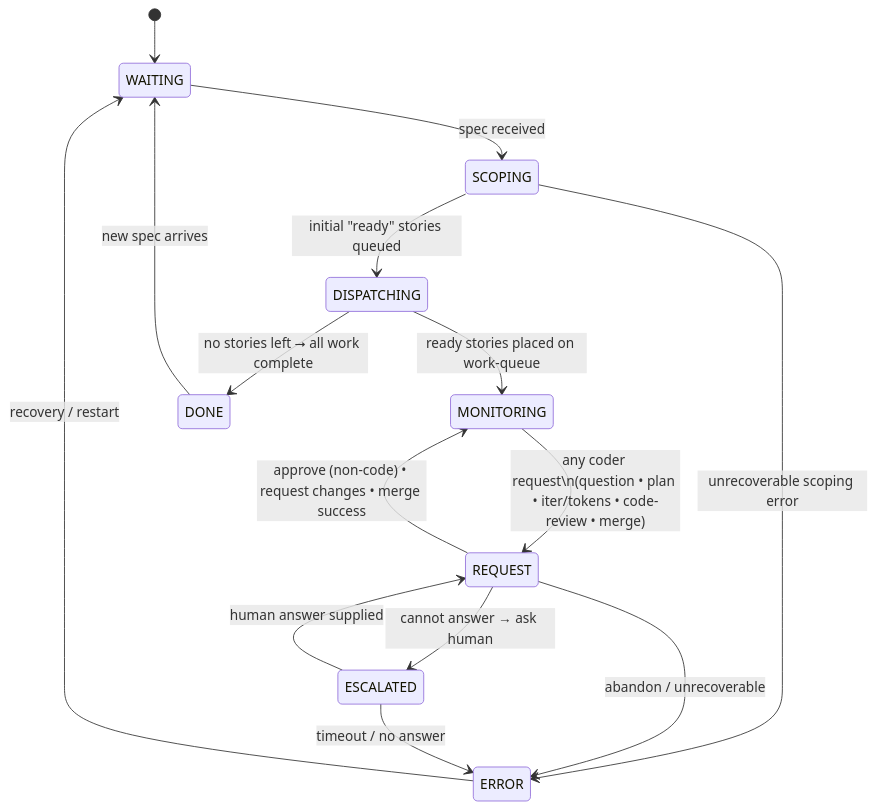
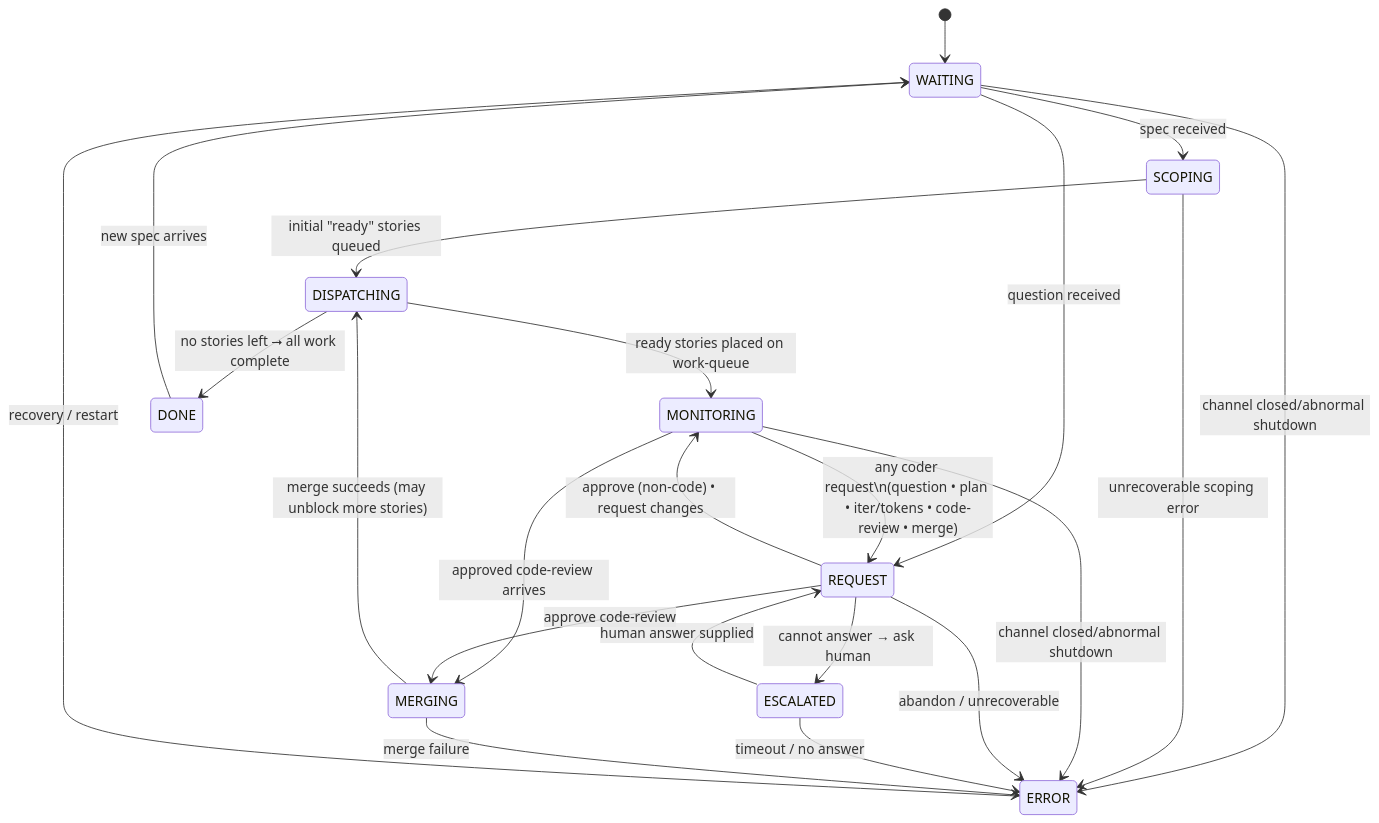
One commit to SnapdragonPartners/maestro changed the diagram in pkg/architect/STATES.md. Above: the diagram before and after it, drawn with Mermaid. The commit also changed other lines of this file and 66 other files, not shown here.

````diff
--- a/pkg/architect/STATES.md
+++ b/pkg/architect/STATES.md
@@ -12,37 +12,42 @@
 ```mermaid
 stateDiagram-v2
     %% ---------- ENTRY ----------
     [*] --> WAITING              
 
     %% ---------- SPEC INTAKE ----------
     WAITING       --> SCOPING            : spec received
+    WAITING       --> REQUEST            : question received  
+    WAITING       --> ERROR              : channel closed/abnormal shutdown
     SCOPING       --> DISPATCHING        : initial "ready" stories queued
     SCOPING       --> ERROR              : unrecoverable scoping error
 
     %% ---------- STORY DISPATCH ----------
     DISPATCHING   --> MONITORING         : ready stories placed on work-queue
     DISPATCHING   --> DONE               : no stories left ⭢ all work complete
 
     %% ---------- MAIN EVENT LOOP ----------
     MONITORING    --> REQUEST            : any coder request\n(question • plan • iter/tokens • code-review • merge)
+    MONITORING    --> MERGING            : approved code-review arrives
+    MONITORING    --> ERROR              : channel closed/abnormal shutdown
     
     %% ---------- REQUEST HANDLING ----------
-    REQUEST       --> MONITORING         : approve (non-code) • request changes • merge success
+    REQUEST       --> MONITORING         : approve (non-code) • request changes  
+    REQUEST       --> MERGING            : approve code-review
     REQUEST       --> ESCALATED          : cannot answer → ask human
     REQUEST       --> ERROR              : abandon / unrecoverable
 
     %% ---------- HUMAN ESCALATION ----------
     ESCALATED     --> REQUEST            : human answer supplied
     ESCALATED     --> ERROR              : timeout / no answer
 
     %% ---------- MERGE & UNBLOCK ----------
-    %% Note: MERGING state removed - merge operations now handled in REQUEST state
-    %% Story completion and dependency unlocking happens in REQUEST when merge succeeds
+    MERGING       --> DISPATCHING        : merge succeeds (may unblock more stories)
+    MERGING       --> ERROR              : merge failure
 
     %% ---------- TERMINALS ----------
     DONE          --> WAITING            : new spec arrives
     ERROR         --> WAITING            : recovery / restart
 
     %% ---------- NOTES ----------
     %% Self-loops (state → same state) are always valid and are used for states that wait for external events.
 ```
````
